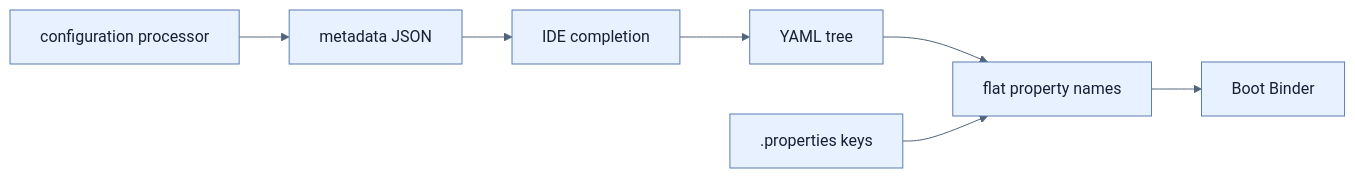
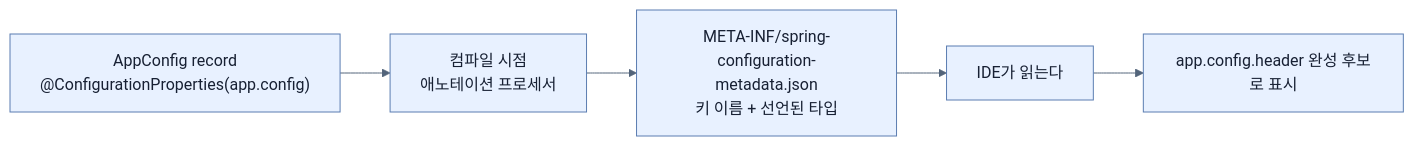
Before and after one commit to sing-u8/Learning_Spring_Boot_4: the first of 2 diagrams in spring-boot-4-pdf-notes/part-3-releasing-an-application-with-spring-boot/chapter-6-configuring-an-application-with-spring-boot/03-switching-to-yaml-and-metadata.md, drawn with Mermaid. The commit also changed other lines of this file and 253 other files, not shown here.

````diff
--- a/spring-boot-4-pdf-notes/part-3-releasing-an-application-with-spring-boot/chapter-6-configuring-an-application-with-spring-boot/03-switching-to-yaml-and-metadata.md
+++ b/spring-boot-4-pdf-notes/part-3-releasing-an-application-with-spring-boot/chapter-6-configuring-an-application-with-spring-boot/03-switching-to-yaml-and-metadata.md
@@ -28,10 +136,8 @@
 ```mermaid
 %%{init: {'theme': 'base', 'themeVariables': {'background': '#ffffff', 'primaryColor': '#e8f1ff', 'primaryTextColor': '#172033', 'primaryBorderColor': '#5b7db1', 'lineColor': '#52647a', 'secondaryColor': '#f7fbff', 'tertiaryColor': '#fff7df'}}}%%
 flowchart LR
-    Y[YAML tree] --> F[flat property names]
-    P[.properties keys] --> F
-    F --> B[Boot Binder]
-    C[configuration processor] --> M[metadata JSON]
-    M --> I[IDE completion]
-    I --> Y
+    A["AppConfig record<br/>@ConfigurationProperties(app.config)"] --> P["컴파일 시점<br/>애노테이션 프로세서"]
+    P --> J["META-INF/spring-configuration-metadata.json<br/>키 이름 + 선언된 타입"]
+    J --> I["IDE가 읽는다"]
+    I --> C["app.config.header 완성 후보로 표시"]
 ```
````
